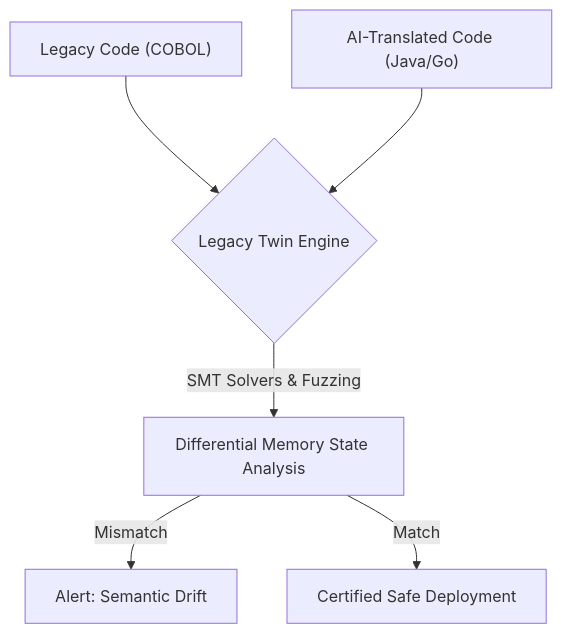
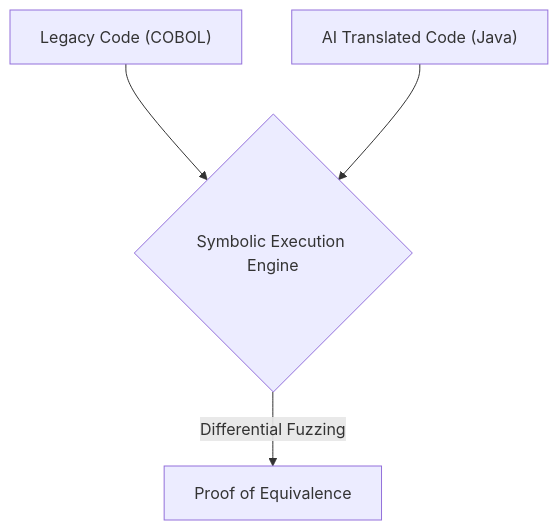
One commit to flouzzy/top-100-ai-startup-ideas changed the first of 2 diagrams in ideas/legacy-twin/README.md. Above: the diagram before and after it, drawn with Mermaid. The commit also changed other lines of this file and 41 other files, not shown here.

````diff
--- a/ideas/legacy-twin/README.md
+++ b/ideas/legacy-twin/README.md
@@ -17,8 +17,7 @@
 ```mermaid
 graph TD
-    A["Legacy Code (COBOL)"] --> B{"Legacy Twin Engine"}
-    C["AI-Translated Code (Java/Go)"] --> B
-    B -->|SMT Solvers & Fuzzing| D["Differential Memory State Analysis"]
-    D -->|Mismatch| E["Alert: Semantic Drift"]
-    D -->|Match| F["Certified Safe Deployment"]
+    %% Architecture
+    A["Legacy Code (COBOL)"] --> C{"Symbolic Execution Engine"}
+    B["AI Translated Code (Java)"] --> C
+    C -->|Differential Fuzzing| D["Proof of Equivalence"]
 ```
````
